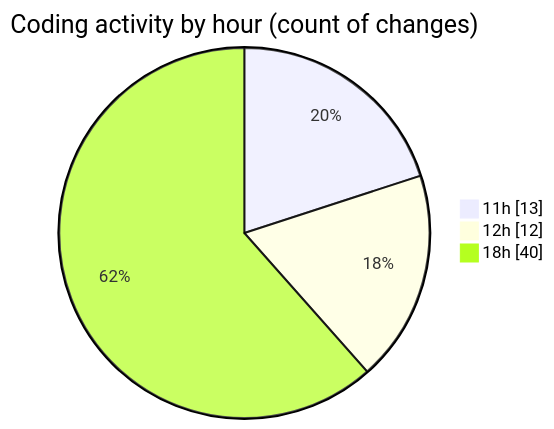
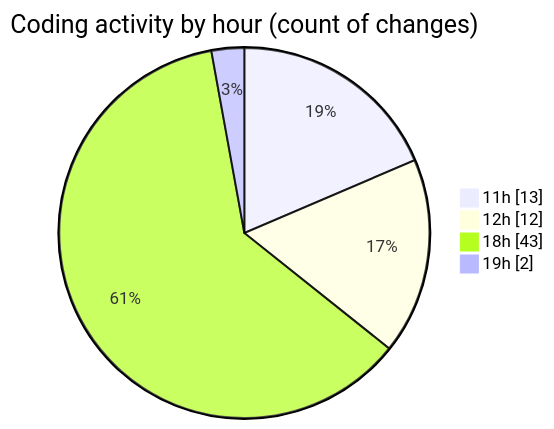
One commit to robertbonfada/code-tracking changed the second of 2 diagrams in 2025-01-25/termonied-web/README.md. Above: the diagram before and after it, drawn with Mermaid. The commit also changed other lines of this file and 1 other file, not shown here.

````diff
--- a/2025-01-25/termonied-web/README.md
+++ b/2025-01-25/termonied-web/README.md
@@ -53,7 +53,8 @@
 ```mermaid
 pie showData
 title Coding activity by hour (count of changes)
 "11h" : 13
 "12h" : 12
-"18h" : 40
+"18h" : 43
+"19h" : 2
 ```
````
